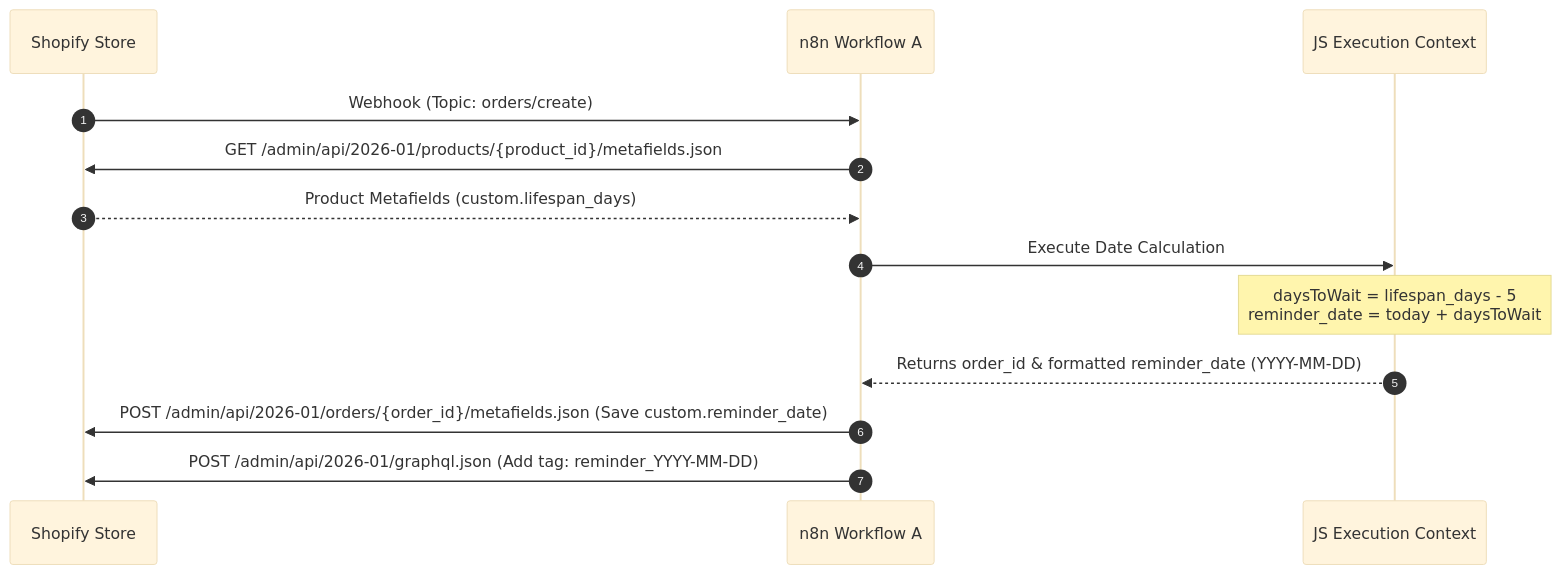
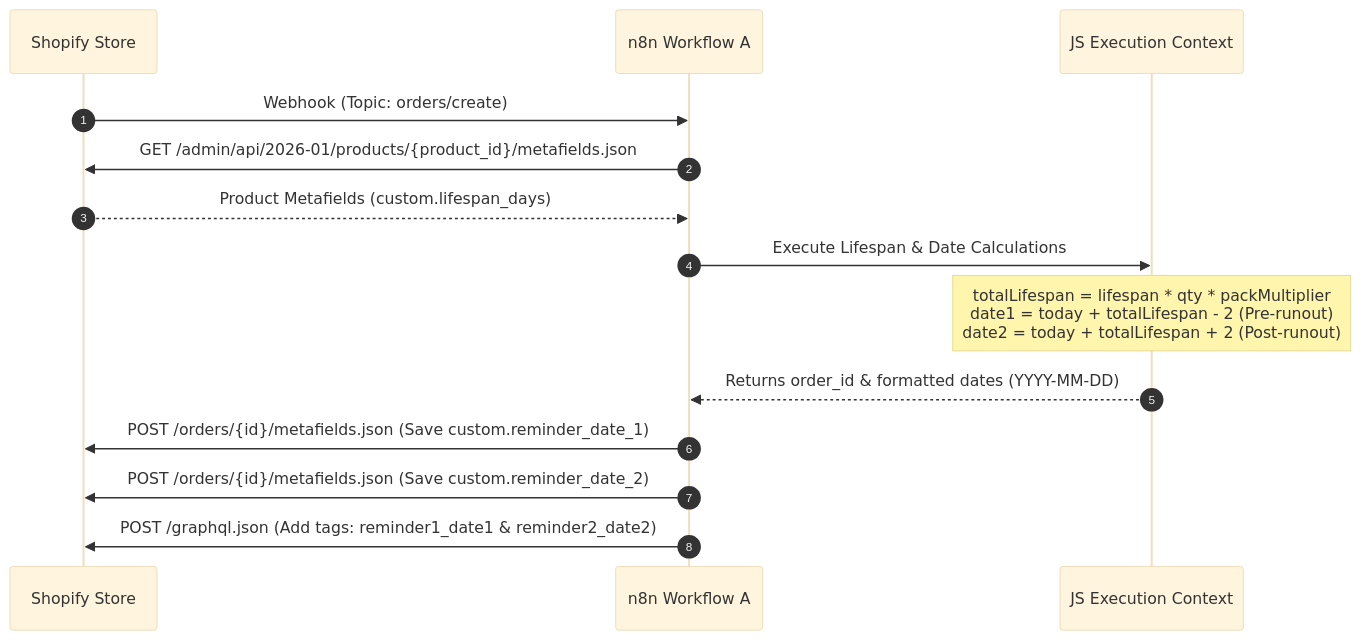
Before and after one commit to abhishek-pandey7/Naturavest-Product-End-Reminder: the second of 3 diagrams in Workflow 1 - Product End Reminder/workflow_1_architecture.md, drawn with Mermaid (base theme). The commit also changed other lines of this file and 1 other file, not shown here.

Commit message:
Update architectural and system design docs for two-stage reminders

````diff
--- a/Workflow 1 - Product End Reminder/workflow_1_architecture.md
+++ b/Workflow 1 - Product End Reminder/workflow_1_architecture.md
@@ -48,16 +49,17 @@
 ```mermaid
 sequenceDiagram
     autonumber
     participant Shopify as Shopify Store
     participant n8n as n8n Workflow A
     participant JS as JS Execution Context
 
     Shopify->>n8n: Webhook (Topic: orders/create)
     n8n->>Shopify: GET /admin/api/2026-01/products/{product_id}/metafields.json
     Shopify-->>n8n: Product Metafields (custom.lifespan_days)
-    n8n->>JS: Execute Date Calculation
-    Note over JS: daysToWait = lifespan_days - 5<br/>reminder_date = today + daysToWait
-    JS-->>n8n: Returns order_id & formatted reminder_date (YYYY-MM-DD)
-    n8n->>Shopify: POST /admin/api/2026-01/orders/{order_id}/metafields.json (Save custom.reminder_date)
-    n8n->>Shopify: POST /admin/api/2026-01/graphql.json (Add tag: reminder_YYYY-MM-DD)
+    n8n->>JS: Execute Lifespan & Date Calculations
+    Note over JS: totalLifespan = lifespan * qty * packMultiplier<br/>date1 = today + totalLifespan - 2 (Pre-runout)<br/>date2 = today + totalLifespan + 2 (Post-runout)
+    JS-->>n8n: Returns order_id & formatted dates (YYYY-MM-DD)
+    n8n->>Shopify: POST /orders/{id}/metafields.json (Save custom.reminder_date_1)
+    n8n->>Shopify: POST /orders/{id}/metafields.json (Save custom.reminder_date_2)
+    n8n->>Shopify: POST /graphql.json (Add tags: reminder1_date1 & reminder2_date2)
 ```
````
